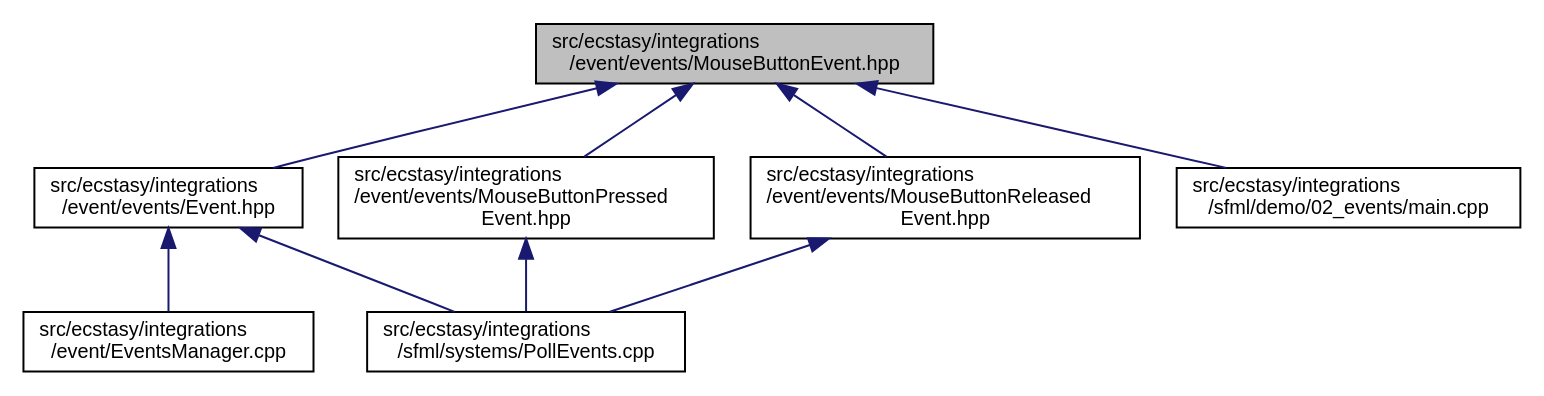
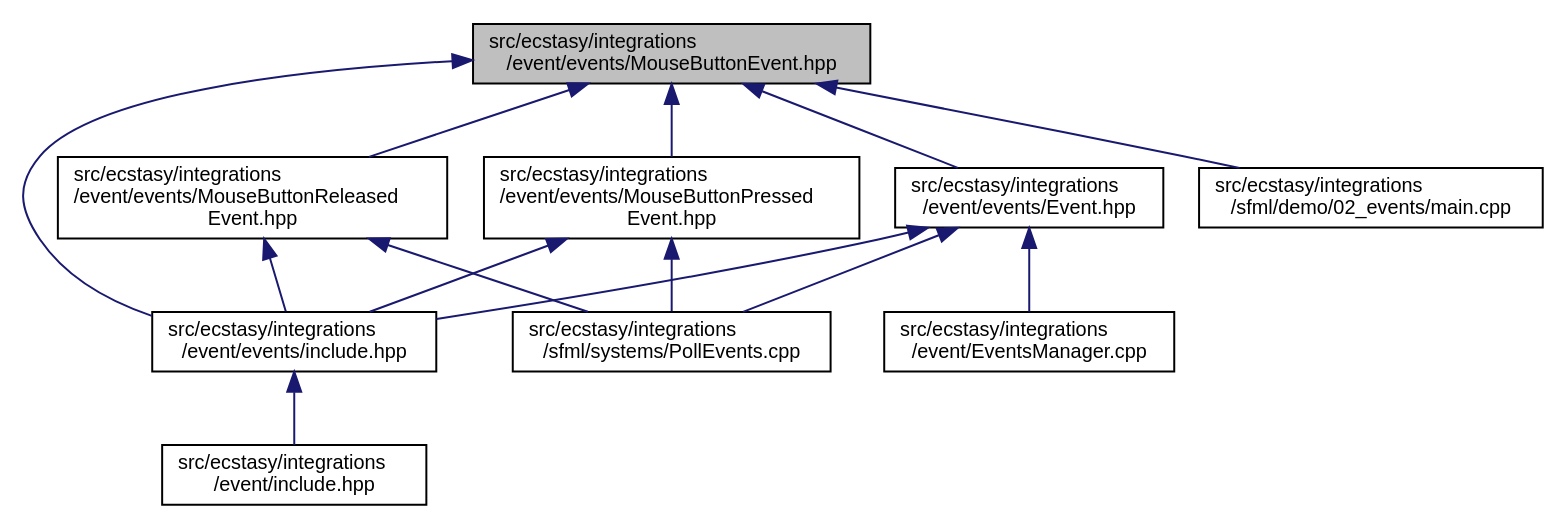
Before and after one commit to AndreasLrx/ecstasy: the diagram in _mouse_button_event_8hpp__dep__incl.dot, drawn with Graphviz. The commit also changed 894 other files, not shown here.

```diff
--- a/_mouse_button_event_8hpp__dep__incl.dot
+++ b/_mouse_button_event_8hpp__dep__incl.dot
@@ -1,21 +1,28 @@
 digraph "src/ecstasy/integrations/event/events/MouseButtonEvent.hpp"
 {
  // LATEX_PDF_SIZE
   edge [fontname="Helvetica",fontsize="10",labelfontname="Helvetica",labelfontsize="10"];
   node [fontname="Helvetica",fontsize="10",shape=record];
   Node1 [label="src/ecstasy/integrations\l/event/events/MouseButtonEvent.hpp",height=0.2,width=0.4,color="black", fillcolor="grey75", style="filled", fontcolor="black",tooltip=" "];
   Node1 -> Node2 [dir="back",color="midnightblue",fontsize="10",style="solid",fontname="Helvetica"];
   Node2 [label="src/ecstasy/integrations\l/event/events/Event.hpp",height=0.2,width=0.4,color="black", fillcolor="white", style="filled",URL="$_event_8hpp.html",tooltip=" "];
   Node2 -> Node3 [dir="back",color="midnightblue",fontsize="10",style="solid",fontname="Helvetica"];
-  Node3 [label="src/ecstasy/integrations\l/event/EventsManager.cpp",height=0.2,width=0.4,color="black", fillcolor="white", style="filled",URL="$_events_manager_8cpp.html",tooltip=" "];
-  Node2 -> Node4 [dir="back",color="midnightblue",fontsize="10",style="solid",fontname="Helvetica"];
-  Node4 [label="src/ecstasy/integrations\l/sfml/systems/PollEvents.cpp",height=0.2,width=0.4,color="black", fillcolor="white", style="filled",URL="$_poll_events_8cpp.html",tooltip=" "];
-  Node1 -> Node5 [dir="back",color="midnightblue",fontsize="10",style="solid",fontname="Helvetica"];
-  Node5 [label="src/ecstasy/integrations\l/event/events/MouseButtonPressed\lEvent.hpp",height=0.2,width=0.4,color="black", fillcolor="white", style="filled",URL="$_mouse_button_pressed_event_8hpp.html",tooltip=" "];
-  Node5 -> Node4 [dir="back",color="midnightblue",fontsize="10",style="solid",fontname="Helvetica"];
-  Node1 -> Node6 [dir="back",color="midnightblue",fontsize="10",style="solid",fontname="Helvetica"];
-  Node6 [label="src/ecstasy/integrations\l/event/events/MouseButtonReleased\lEvent.hpp",height=0.2,width=0.4,color="black", fillcolor="white", style="filled",URL="$_mouse_button_released_event_8hpp.html",tooltip=" "];
-  Node6 -> Node4 [dir="back",color="midnightblue",fontsize="10",style="solid",fontname="Helvetica"];
+  Node3 [label="src/ecstasy/integrations\l/event/events/include.hpp",height=0.2,width=0.4,color="black", fillcolor="white", style="filled",URL="$integrations_2event_2events_2include_8hpp.html",tooltip=" "];
+  Node3 -> Node4 [dir="back",color="midnightblue",fontsize="10",style="solid",fontname="Helvetica"];
+  Node4 [label="src/ecstasy/integrations\l/event/include.hpp",height=0.2,width=0.4,color="black", fillcolor="white", style="filled",URL="$integrations_2event_2include_8hpp.html",tooltip=" "];
+  Node2 -> Node5 [dir="back",color="midnightblue",fontsize="10",style="solid",fontname="Helvetica"];
+  Node5 [label="src/ecstasy/integrations\l/event/EventsManager.cpp",height=0.2,width=0.4,color="black", fillcolor="white", style="filled",URL="$_events_manager_8cpp.html",tooltip=" "];
+  Node2 -> Node6 [dir="back",color="midnightblue",fontsize="10",style="solid",fontname="Helvetica"];
+  Node6 [label="src/ecstasy/integrations\l/sfml/systems/PollEvents.cpp",height=0.2,width=0.4,color="black", fillcolor="white", style="filled",URL="$_poll_events_8cpp.html",tooltip=" "];
+  Node1 -> Node3 [dir="back",color="midnightblue",fontsize="10",style="solid",fontname="Helvetica"];
   Node1 -> Node7 [dir="back",color="midnightblue",fontsize="10",style="solid",fontname="Helvetica"];
-  Node7 [label="src/ecstasy/integrations\l/sfml/demo/02_events/main.cpp",height=0.2,width=0.4,color="black", fillcolor="white", style="filled",URL="$02__events_2main_8cpp.html",tooltip=" "];
+  Node7 [label="src/ecstasy/integrations\l/event/events/MouseButtonPressed\lEvent.hpp",height=0.2,width=0.4,color="black", fillcolor="white", style="filled",URL="$_mouse_button_pressed_event_8hpp.html",tooltip=" "];
+  Node7 -> Node3 [dir="back",color="midnightblue",fontsize="10",style="solid",fontname="Helvetica"];
+  Node7 -> Node6 [dir="back",color="midnightblue",fontsize="10",style="solid",fontname="Helvetica"];
+  Node1 -> Node8 [dir="back",color="midnightblue",fontsize="10",style="solid",fontname="Helvetica"];
+  Node8 [label="src/ecstasy/integrations\l/event/events/MouseButtonReleased\lEvent.hpp",height=0.2,width=0.4,color="black", fillcolor="white", style="filled",URL="$_mouse_button_released_event_8hpp.html",tooltip=" "];
+  Node8 -> Node3 [dir="back",color="midnightblue",fontsize="10",style="solid",fontname="Helvetica"];
+  Node8 -> Node6 [dir="back",color="midnightblue",fontsize="10",style="solid",fontname="Helvetica"];
+  Node1 -> Node9 [dir="back",color="midnightblue",fontsize="10",style="solid",fontname="Helvetica"];
+  Node9 [label="src/ecstasy/integrations\l/sfml/demo/02_events/main.cpp",height=0.2,width=0.4,color="black", fillcolor="white", style="filled",URL="$02__events_2main_8cpp.html",tooltip=" "];
 }
```
